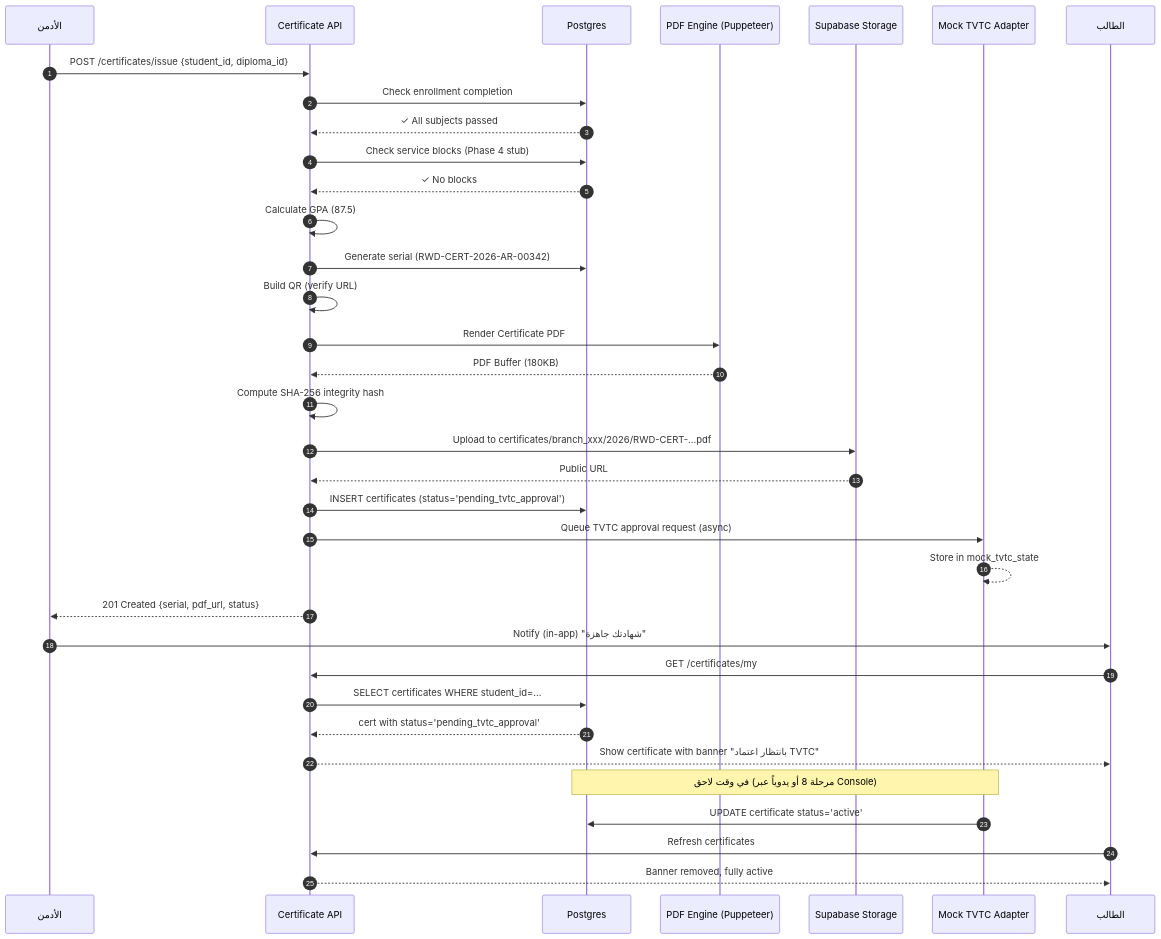
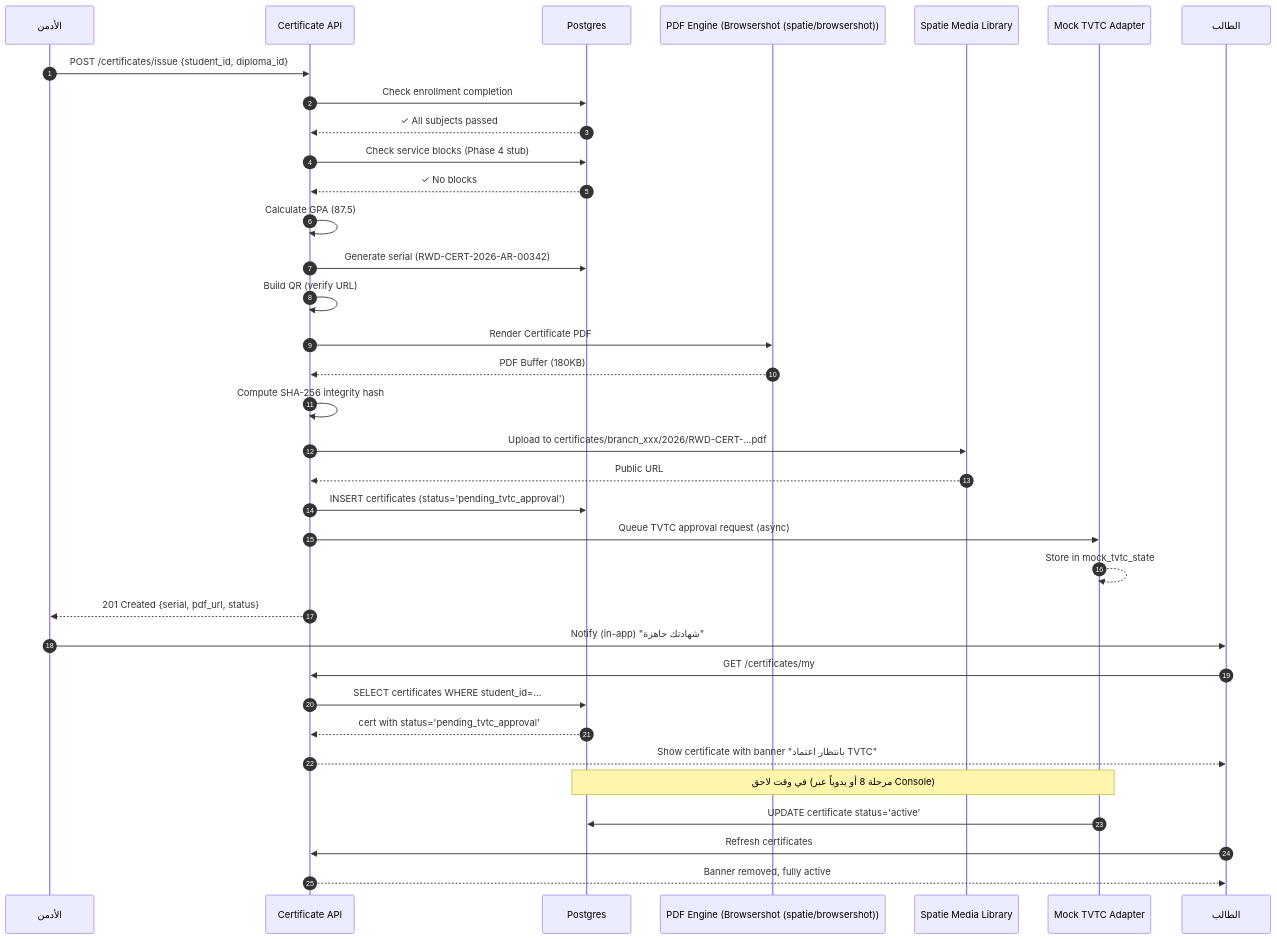
One commit to alharbib902-del/technical-handover changed the eighth of 9 diagrams in 03-المراحل-التنفيذية/02-الاختبارات/خطة-المرحلة.md. Above: the diagram before and after it, drawn with Mermaid. The commit also changed other lines of this file and 22 other files, not shown here.

````diff
--- a/03-المراحل-التنفيذية/02-الاختبارات/خطة-المرحلة.md
+++ b/03-المراحل-التنفيذية/02-الاختبارات/خطة-المرحلة.md
@@ -3177,38 +3280,38 @@
 ```mermaid
 sequenceDiagram
     autonumber
     participant ADM as الأدمن
     participant API as Certificate API
     participant DB as Postgres
-    participant PDF as PDF Engine (Puppeteer)
-    participant STO as Supabase Storage
+    participant PDF as PDF Engine (Browsershot (spatie/browsershot))
+    participant STO as Spatie Media Library
     participant MOCK as Mock TVTC Adapter
     participant S as الطالب
 
     ADM->>API: POST /certificates/issue {student_id, diploma_id}
     API->>DB: Check enrollment completion
     DB-->>API: ✓ All subjects passed
     API->>DB: Check service blocks (Phase 4 stub)
     DB-->>API: ✓ No blocks
     API->>API: Calculate GPA (87.5)
     API->>DB: Generate serial (RWD-CERT-2026-AR-00342)
     API->>API: Build QR (verify URL)
     API->>PDF: Render Certificate PDF
     PDF-->>API: PDF Buffer (180KB)
     API->>API: Compute SHA-256 integrity hash
     API->>STO: Upload to certificates/branch_xxx/2026/RWD-CERT-...pdf
     STO-->>API: Public URL
     API->>DB: INSERT certificates (status='pending_tvtc_approval')
     API->>MOCK: Queue TVTC approval request (async)
     MOCK-->>MOCK: Store in mock_tvtc_state
     API-->>ADM: 201 Created {serial, pdf_url, status}
     ADM->>S: Notify (in-app) "شهادتك جاهزة"
     S->>API: GET /certificates/my
     API->>DB: SELECT certificates WHERE student_id=...
     DB-->>API: cert with status='pending_tvtc_approval'
     API-->>S: Show certificate with banner "بانتظار اعتماد TVTC"
     Note over MOCK,DB: في وقت لاحق (مرحلة 8 أو يدوياً عبر Console)
     MOCK->>DB: UPDATE certificate status='active'
     S->>API: Refresh certificates
     API-->>S: Banner removed, fully active
 ```
````
